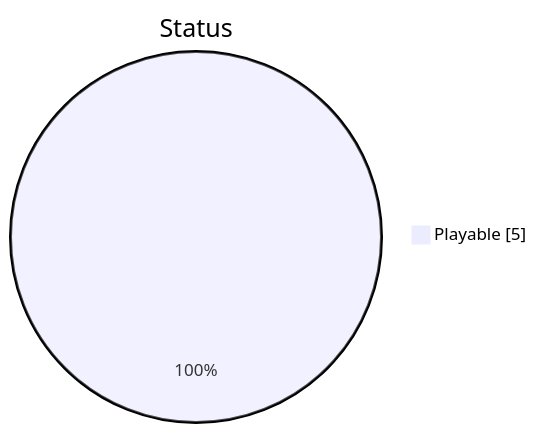
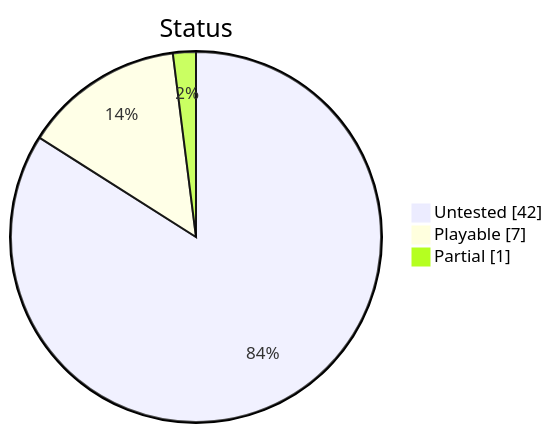
The third of 6 diagrams in docs/compatibility-stats.md (AbadXDev/CoreJ2), drawn with Mermaid before and after one commit. The commit also changed other lines of this file and 17 other files, not shown here.

````diff
--- a/docs/compatibility-stats.md
+++ b/docs/compatibility-stats.md
@@ -32,5 +34,7 @@
 ```mermaid
 pie showData
     title Status
-    "Playable" : 5
+    "Untested" : 42
+    "Playable" : 7
+    "Partial" : 1
 ```
````
